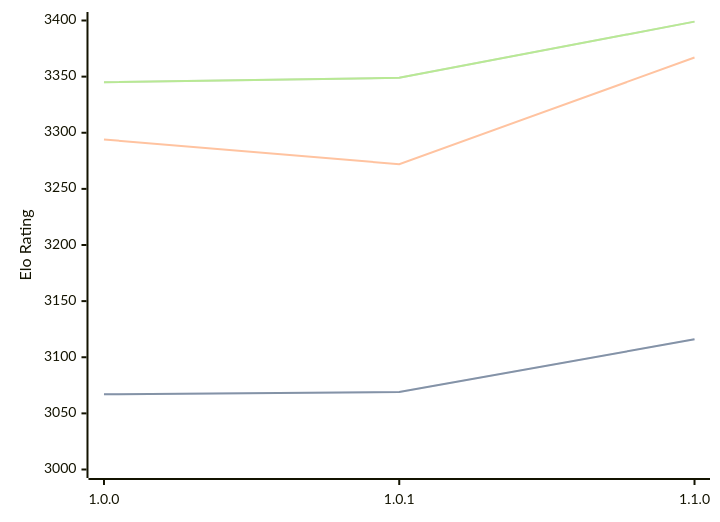
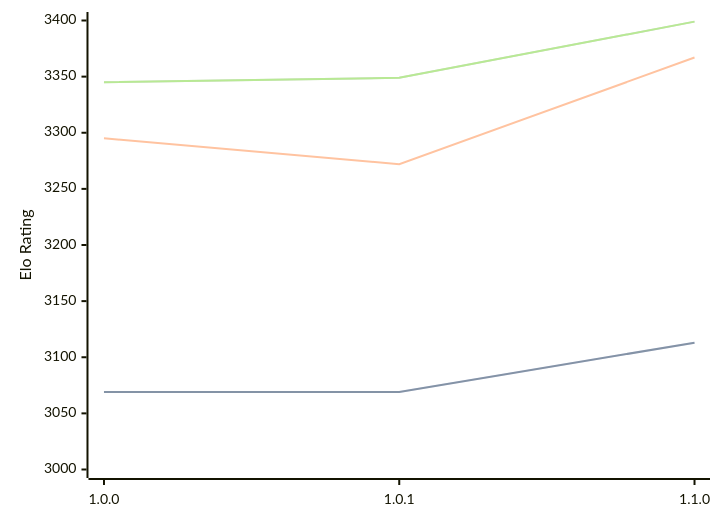
One commit to computer-chess-index/cci changed the diagram in engines/Ursus.md. Above: the diagram before and after it, drawn with Mermaid. The commit also changed other lines of this file, not shown here.

````diff
--- a/engines/Ursus.md
+++ b/engines/Ursus.md
@@ -33,11 +33,11 @@
 ```mermaid
 %%{init: {"theme":"base","themeVariables":{"seriesColors:['#a3a3a3','#222221','#faa371']}}}%%
 xychart-beta
   x-axis ["1.0.0", "1.0.1", "1.1.0"]
   y-axis "Elo Rating" 3000 --> 3400
-  line "" [3067, 3069, 3116]
-  line "STC (8.0+0.08s)" [3067, 3069, 3116]
-  line "LTC (60.0+0.60s)" [3294, 3272, 3367]
+  line "" [3069, 3069, 3113]
+  line "STC (8.0+0.08s)" [3069, 3069, 3113]
+  line "LTC (60.0+0.60s)" [3295, 3272, 3367]
   line "" [3345, 3349, 3399]
   line "VLTC (2m24s+1.12s)" [3345, 3349, 3399]
 ```
````
